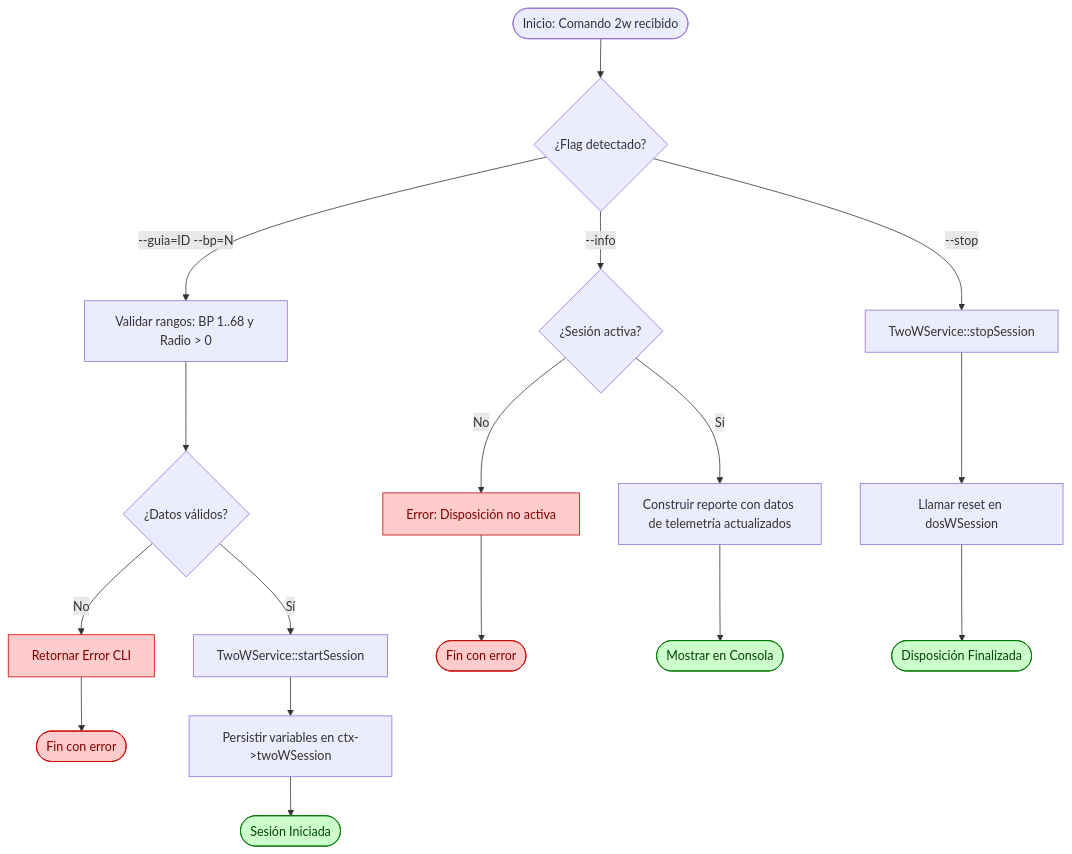
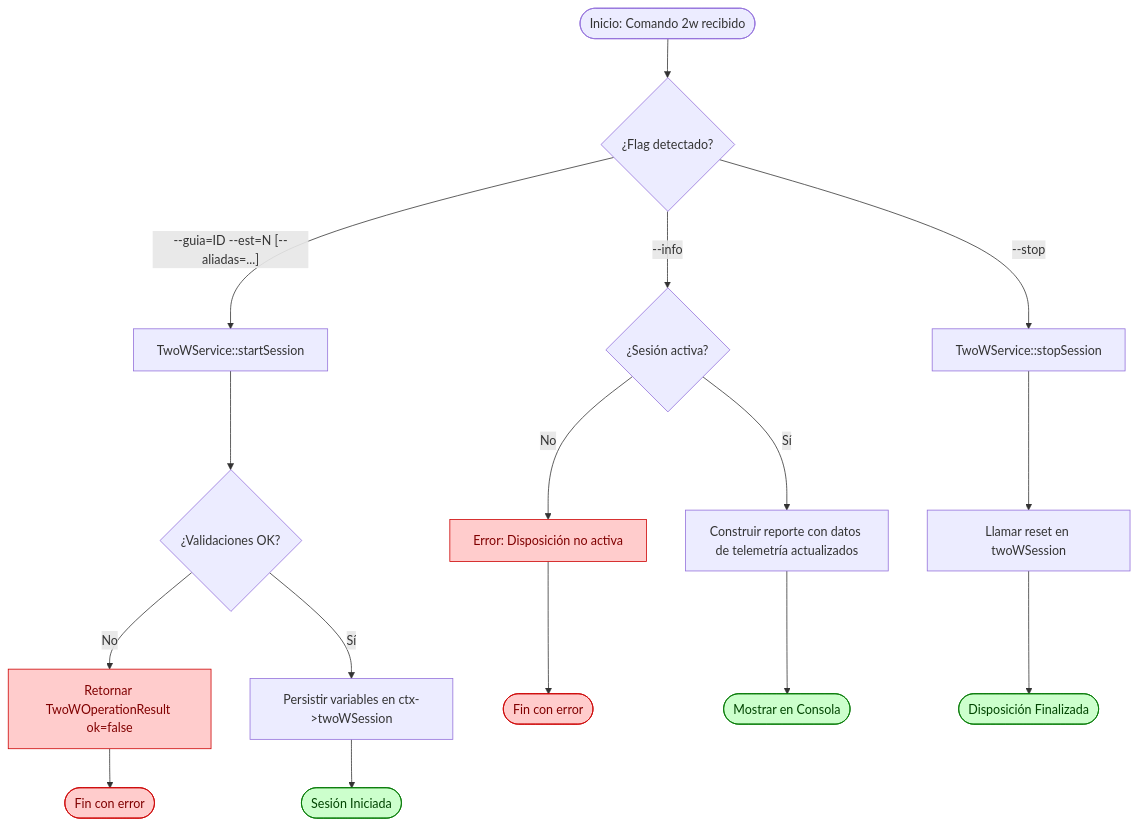
The first of 2 diagrams in docs/flows/twoW.md (DirectorSiag/DDM), drawn with Mermaid before and after one commit. The commit also changed other lines of this file, not shown here.

````diff
--- a/docs/flows/twoW.md
+++ b/docs/flows/twoW.md
@@ -66,22 +66,21 @@
 ```mermaid
 flowchart TD
     A([Inicio: Comando 2w recibido]) --> B{"¿Flag detectado?"}
-    
-    B -->|"--guia=ID --bp=N"| C["Validar rangos: BP 1..68 y Radio > 0"]
-    C --> D{"¿Datos válidos?"}
-    D -->|No| E[Retornar Error CLI] --> FE1([Fin con error])
-    D -->|Sí| F[TwoWService::startSession]
-    F --> G["Persistir variables en ctx->twoWSession"] --> Z1([Sesión Iniciada])
+
+    B -->|"--guia=ID --est=N [--aliadas=...]"| C[TwoWService::startSession]
+    C --> D{"¿Validaciones OK?"}
+    D -->|No| E[Retornar TwoWOperationResult ok=false] --> FE1([Fin con error])
+    D -->|Sí| F["Persistir variables en ctx->twoWSession"] --> Z1([Sesión Iniciada])
 
     B -->|"--info"| H{"¿Sesión activa?"}
     H -->|No| I[Error: Disposición no activa] --> FE2([Fin con error])
     H -->|Sí| J[Construir reporte con datos de telemetría actualizados] --> ZF([Mostrar en Consola])
 
     B -->|"--stop"| K[TwoWService::stopSession]
-    K --> L[Llamar reset en dosWSession] --> Z2([Disposición Finalizada])
+    K --> L[Llamar reset en twoWSession] --> Z2([Disposición Finalizada])
 
     classDef error fill:#ffcccc,stroke:#cc0000,color:#800000
     classDef ok fill:#ccffcc,stroke:#007700,color:#004400
     class E,I,FE1,FE2 error
     class Z1,Z2,ZF ok
 ```
````
